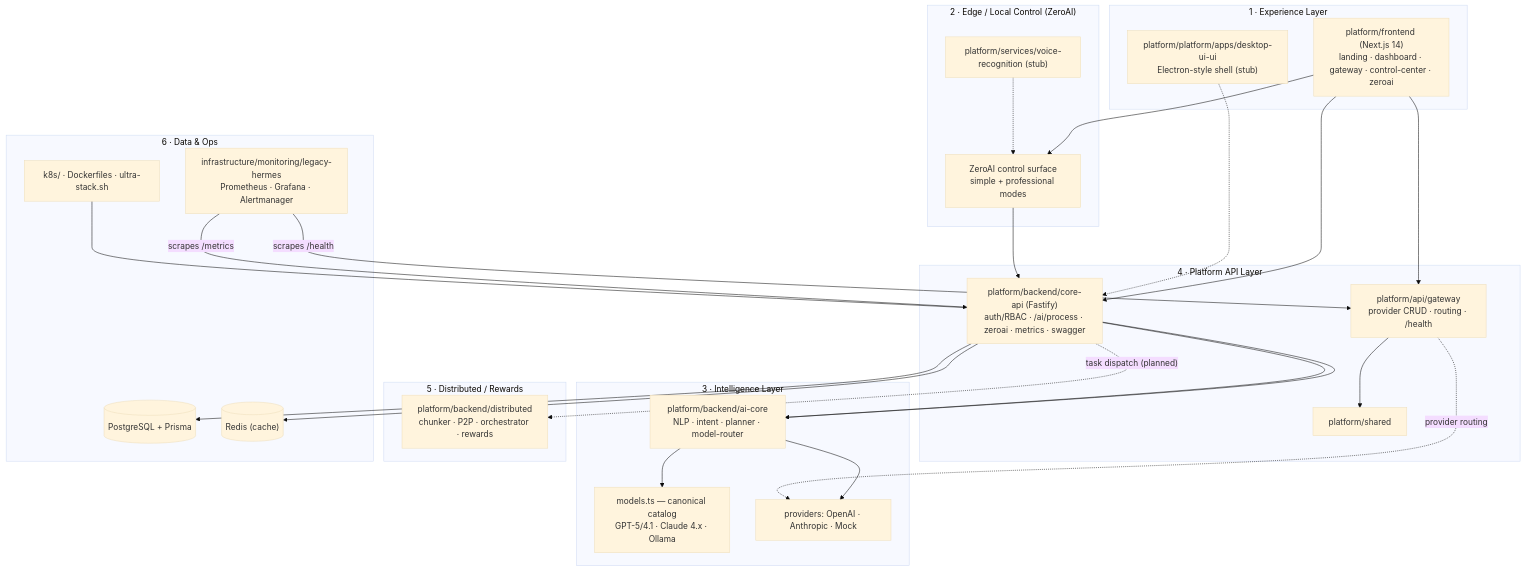
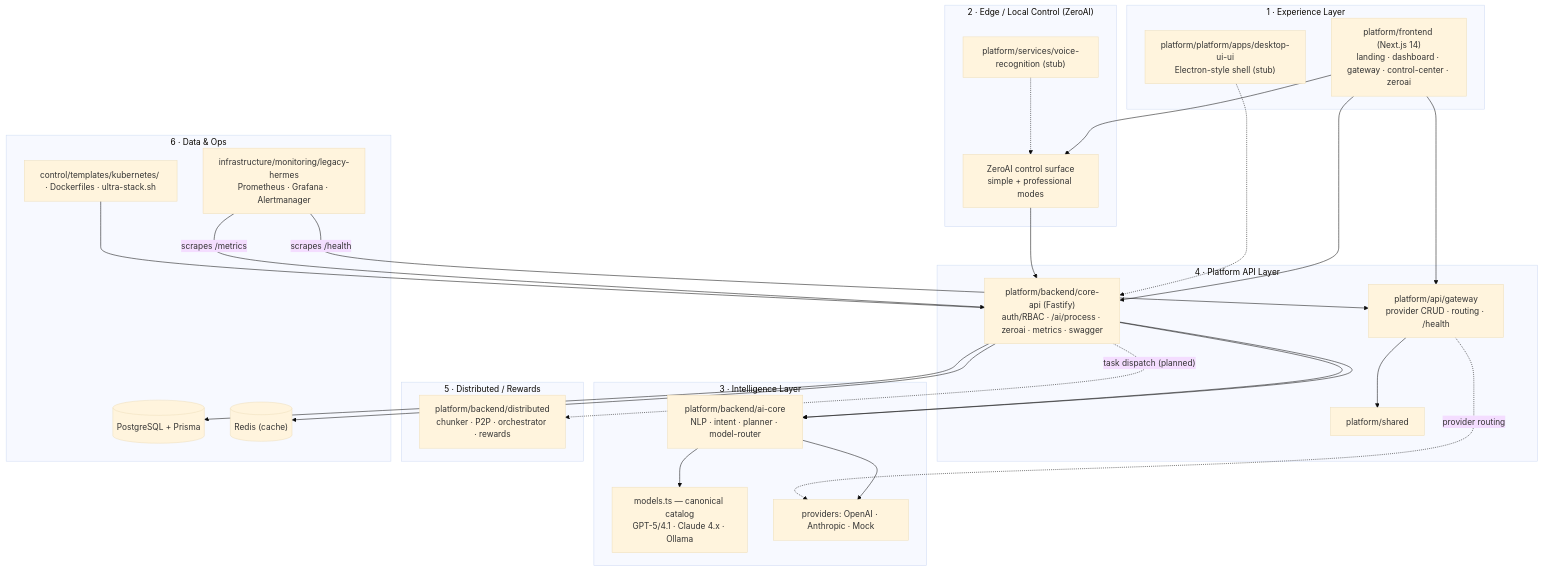
The diagram in docs/MASTER_ARCHITECTURE.md (Ultra-Cube/Ultra-AI), drawn with Mermaid (base theme) before and after one commit. The commit also changed other lines of this file and 252 other files, not shown here.

````diff
--- a/docs/MASTER_ARCHITECTURE.md
+++ b/docs/MASTER_ARCHITECTURE.md
@@ -38,54 +38,54 @@
 ```mermaid
 graph TB
     subgraph L1["1 · Experience Layer"]
         WEB["platform/frontend (Next.js 14)<br/>landing · dashboard · gateway · control-center · zeroai"]
         DESK["platform/platform/apps/desktop-ui-ui<br/>Electron-style shell (stub)"]
     end
 
     subgraph L2["2 · Edge / Local Control (ZeroAI)"]
         ZERO["ZeroAI control surface<br/>simple + professional modes"]
         VOICE["platform/services/voice-recognition (stub)"]
     end
 
     subgraph L3["3 · Intelligence Layer"]
         AICORE["platform/backend/ai-core<br/>NLP · intent · planner · model-router"]
         CATALOG["models.ts — canonical catalog<br/>GPT-5/4.1 · Claude 4.x · Ollama"]
         PROVS["providers: OpenAI · Anthropic · Mock"]
     end
 
     subgraph L4["4 · Platform API Layer"]
         API["platform/backend/core-api (Fastify)<br/>auth/RBAC · /ai/process · zeroai · metrics · swagger"]
         GW["platform/api/gateway<br/>provider CRUD · routing · /health"]
         SHARED["platform/shared"]
     end
 
     subgraph L5["5 · Distributed / Rewards"]
         DIST["platform/backend/distributed<br/>chunker · P2P · orchestrator · rewards"]
     end
 
     subgraph L6["6 · Data & Ops"]
         PG[("PostgreSQL + Prisma")]
         REDIS[("Redis (cache)")]
         HERMES["infrastructure/monitoring/legacy-hermes<br/>Prometheus · Grafana · Alertmanager"]
-        K8S["k8s/ · Dockerfiles · ultra-stack.sh"]
+        K8S["control/templates/kubernetes/ · Dockerfiles · ultra-stack.sh"]
     end
 
     WEB --> API
     WEB --> GW
     WEB --> ZERO
     DESK -.-> API
     ZERO --> API
     VOICE -.-> ZERO
     API --> AICORE
     AICORE --> CATALOG
     AICORE --> PROVS
     GW --> SHARED
     API --> AICORE
     API --> PG
     API --> REDIS
     API -. "task dispatch (planned)" .-> DIST
     GW -. "provider routing" .-> PROVS
     HERMES -- "scrapes /metrics" --> API
     HERMES -- "scrapes /health" --> GW
     K8S --- API
 ```
````
